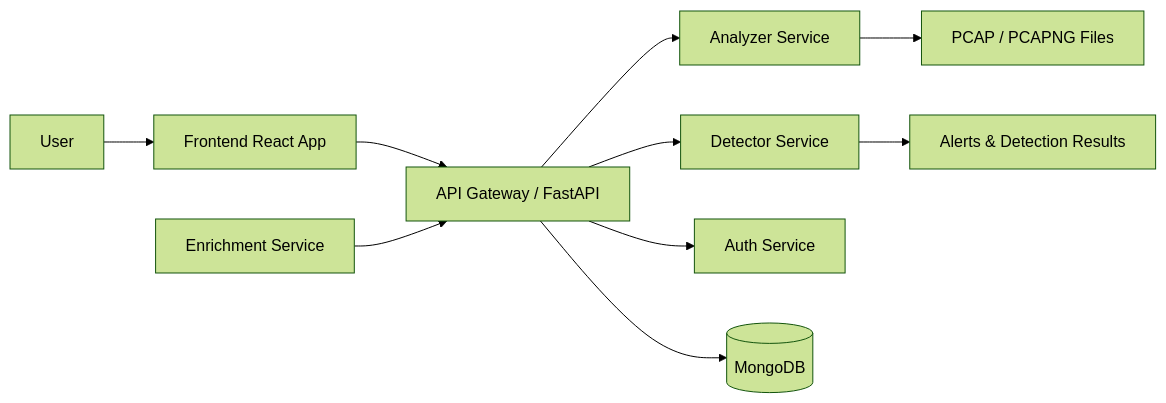
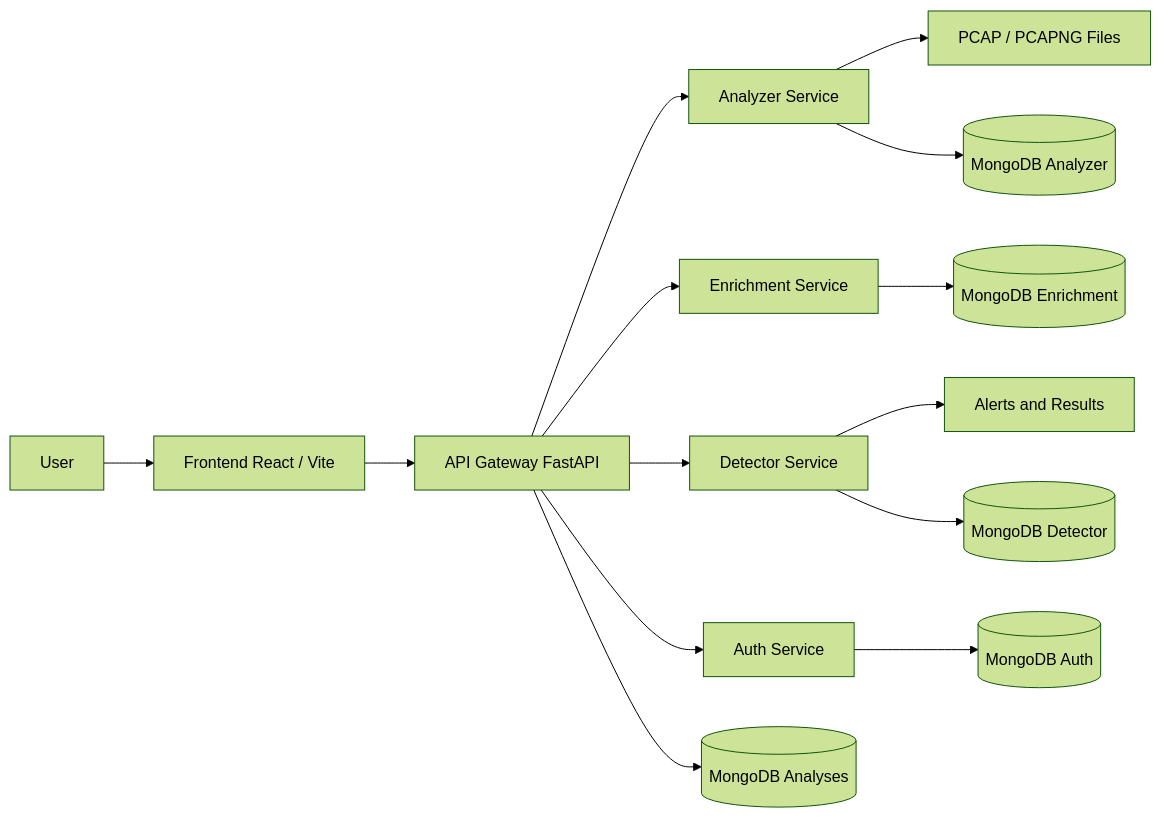
The diagram in README.md (mounarezgui-gif/anomalydetection), drawn with Mermaid (forest theme) before and after one commit. The commit also changed other lines of this file and 5 other files, not shown here.

````diff
--- a/README.md
+++ b/README.md
@@ -38,12 +40,17 @@
 ```mermaid
 flowchart LR
-    User[User] --> Frontend[Frontend React App]
-    Frontend --> API[API Gateway / FastAPI]
-    API --> Analyzer[Analyzer Service]
-    API --> Detector[Detector Service]
-    API --> Auth[Auth Service]
-    API --> Mongo[(MongoDB)]
+    User[User] --> Frontend[Frontend React / Vite]
+    Frontend --> Gateway[API Gateway FastAPI]
+    Gateway --> Analyzer[Analyzer Service]
+    Gateway --> Enrichment[Enrichment Service]
+    Gateway --> Detector[Detector Service]
+    Gateway --> Auth[Auth Service]
+
     Analyzer --> PCAP[PCAP / PCAPNG Files]
-    Detector --> Alerts[Alerts & Detection Results]
-    Enrichment[Enrichment Service] --> API
+    Detector --> Alerts[Alerts and Results]
+    Gateway --> MongoAnalyses[(MongoDB Analyses)]
+    Auth --> MongoAuth[(MongoDB Auth)]
+    Analyzer --> MongoAnalyzer[(MongoDB Analyzer)]
+    Detector --> MongoDetector[(MongoDB Detector)]
+    Enrichment --> MongoEnrichment[(MongoDB Enrichment)]
 ```
````
